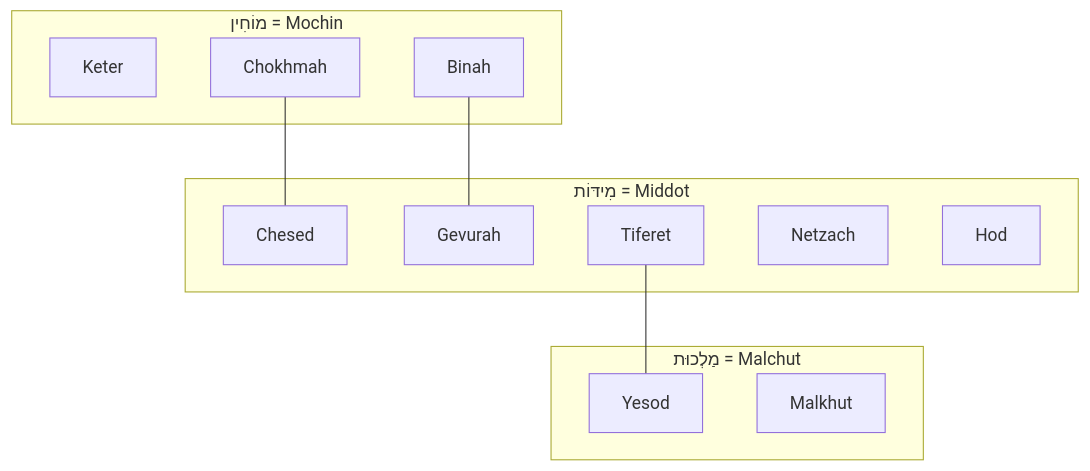
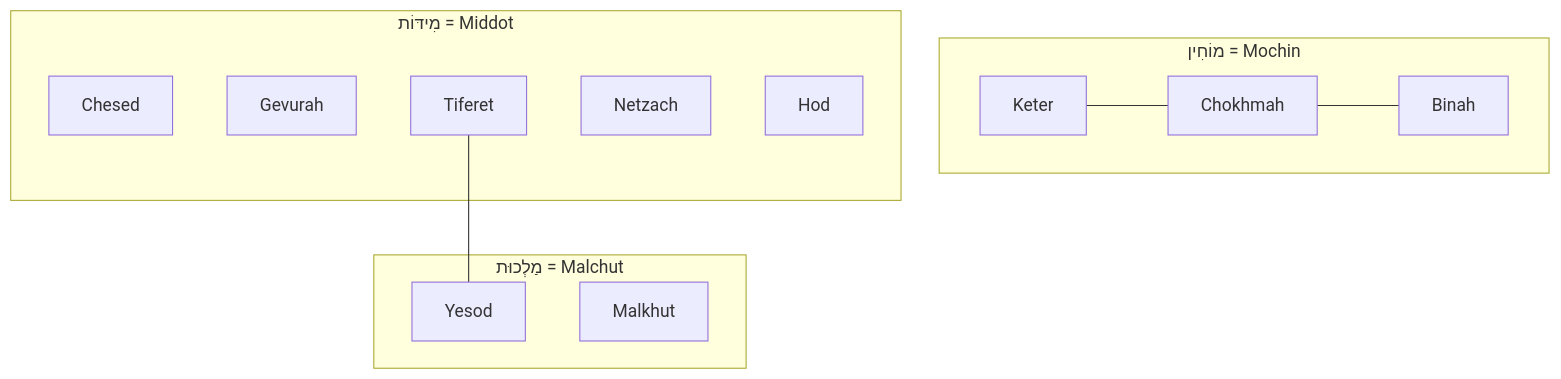
Before and after one commit to josefsbreakfast/Polaris-Protocol: the second of 2 diagrams in Polaris_Nest/Git_Intake_Drawer/🍷_Always_Spiritually_In_Jerusalem/🌳_three_overaching_clusters.md, drawn with Mermaid.

````diff
--- a/Polaris_Nest/Git_Intake_Drawer/🍷_Always_Spiritually_In_Jerusalem/🌳_three_overaching_clusters.md
+++ b/Polaris_Nest/Git_Intake_Drawer/🍷_Always_Spiritually_In_Jerusalem/🌳_three_overaching_clusters.md
@@ -27,27 +27,27 @@
 ```mermaid
   graph TB
 
     subgraph one[מוֹחִין = Mochin]
         a1[Keter]
         a2[Chokhmah]
         a3[Binah]
     end
 
     subgraph two[מִידּוֹת = Middot]
         b1[Chesed]
         b2[Gevurah]
         b3[Tiferet]
         b4[Netzach]
         b5[Hod]
     end
 
     subgraph three[מַלְכוּת = Malchut]
         c1[Yesod]
         c2[Malkhut]
     end
 
-    a2 --- b1
-    a3 --- b2
+    a1 --- a2
+    a2 --- a3
     b3 --- c1
 
   ```
````
